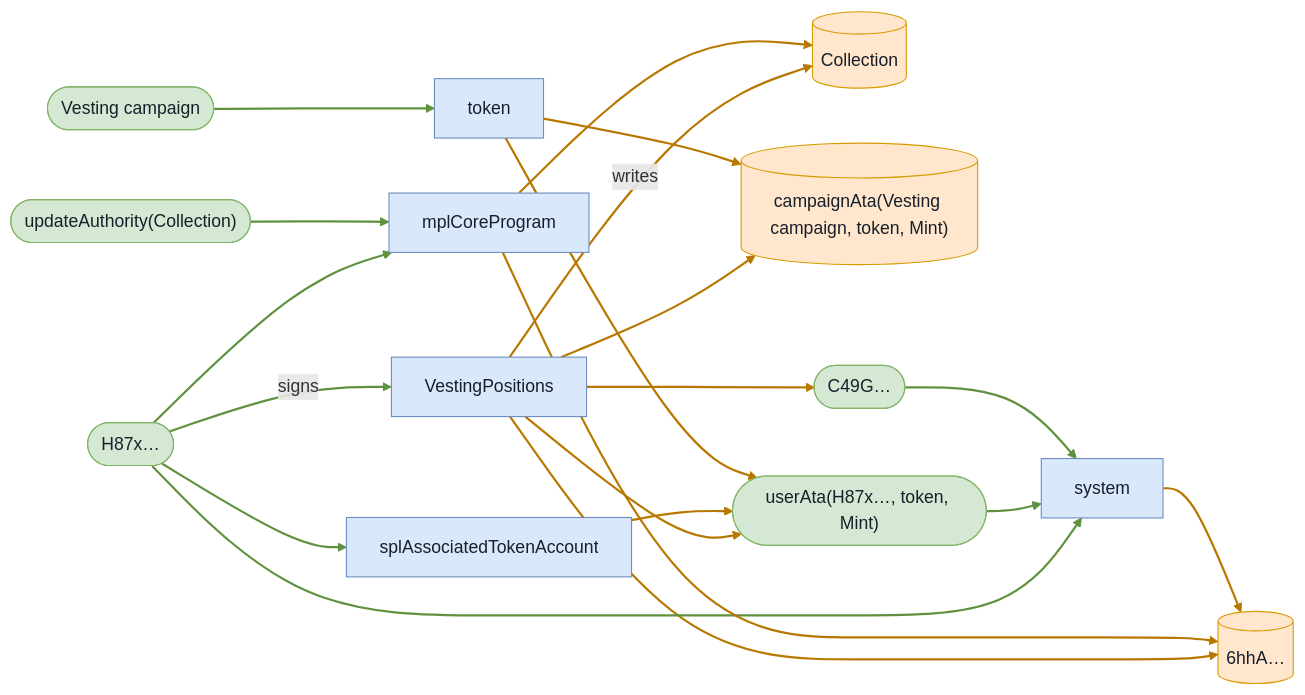
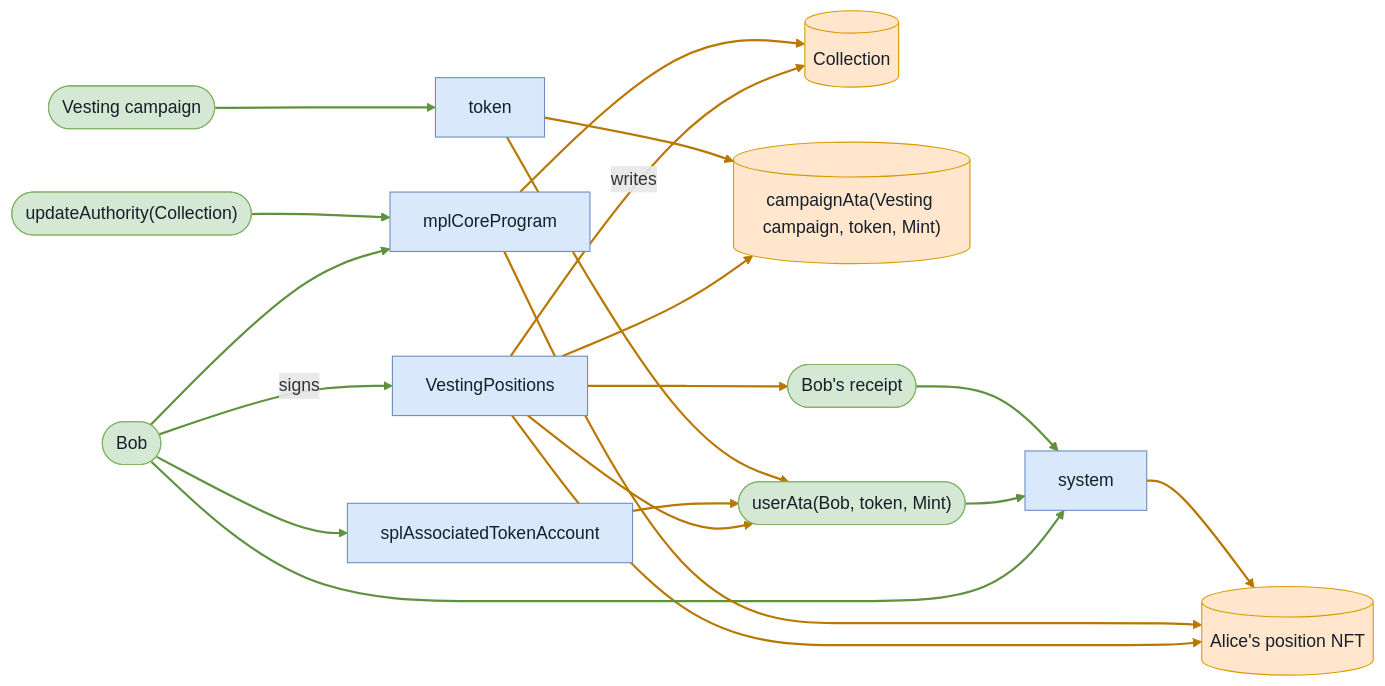
One commit to cds-turbin3/vesting-position changed diagram 11 of 15 in babelfish-tests/test-report/clawback_unclaimed_succeeds_despite_buyers_zeroed_receipt.md. Above: the diagram before and after it, drawn with Mermaid. The commit also changed other lines of this file and 104 other files, not shown here.

````diff
--- a/babelfish-tests/test-report/clawback_unclaimed_succeeds_despite_buyers_zeroed_receipt.md
+++ b/babelfish-tests/test-report/clawback_unclaimed_succeeds_despite_buyers_zeroed_receipt.md
@@ -497,40 +497,40 @@
 ```mermaid
 flowchart LR
     VestingPositions["VestingPositions"]:::program
-    H87x(["H87x…"]):::signer
+    Bob(["Bob"]):::signer
     Collection[("Collection")]:::state
     campaignAtaVestingcampaigntokenMint[("campaignAta(Vesting campaign, token, Mint)")]:::state
-    userAtaH87xtokenMint(["userAta(H87x…, token, Mint)"]):::signer
-    n6hhA[("6hhA…")]:::state
-    C49G(["C49G…"]):::signer
+    userAtaBobtokenMint(["userAta(Bob, token, Mint)"]):::signer
+    AlicespositionNFT[("Alice's position NFT")]:::state
+    Bobsreceipt(["Bob's receipt"]):::signer
     splAssociatedTokenAccount["splAssociatedTokenAccount"]:::program
     token["token"]:::program
     system["system"]:::program
     mplCoreProgram["mplCoreProgram"]:::program
     updateAuthorityCollection(["updateAuthority(Collection)"]):::signer
     Vestingcampaign(["Vesting campaign"]):::signer
-    H87x -->|signs| VestingPositions
+    Bob -->|signs| VestingPositions
     VestingPositions -->|writes| Collection
     VestingPositions --> campaignAtaVestingcampaigntokenMint
-    VestingPositions --> userAtaH87xtokenMint
-    VestingPositions --> n6hhA
-    VestingPositions --> C49G
-    H87x --> splAssociatedTokenAccount
-    splAssociatedTokenAccount --> userAtaH87xtokenMint
-    H87x --> system
-    userAtaH87xtokenMint --> system
-    token --> userAtaH87xtokenMint
-    C49G --> system
-    mplCoreProgram --> n6hhA
+    VestingPositions --> userAtaBobtokenMint
+    VestingPositions --> AlicespositionNFT
+    VestingPositions --> Bobsreceipt
+    Bob --> splAssociatedTokenAccount
+    splAssociatedTokenAccount --> userAtaBobtokenMint
+    Bob --> system
+    userAtaBobtokenMint --> system
+    token --> userAtaBobtokenMint
+    Bobsreceipt --> system
+    mplCoreProgram --> AlicespositionNFT
     mplCoreProgram --> Collection
-    H87x --> mplCoreProgram
+    Bob --> mplCoreProgram
     updateAuthorityCollection --> mplCoreProgram
-    system --> n6hhA
+    system --> AlicespositionNFT
     token --> campaignAtaVestingcampaigntokenMint
     Vestingcampaign --> token
     classDef program fill:#dae8fc,stroke:#6c8ebf,color:#17202a;
     classDef signer fill:#d5e8d4,stroke:#82b366,color:#17202a;
     classDef state fill:#ffe6cc,stroke:#d79b00,color:#17202a;
     linkStyle 0,6,8,9,11,14,15,18 stroke:#5f913f,stroke-width:2px
     linkStyle 1,2,3,4,5,7,10,12,13,16,17 stroke:#b87800,stroke-width:2px
 ```
````
